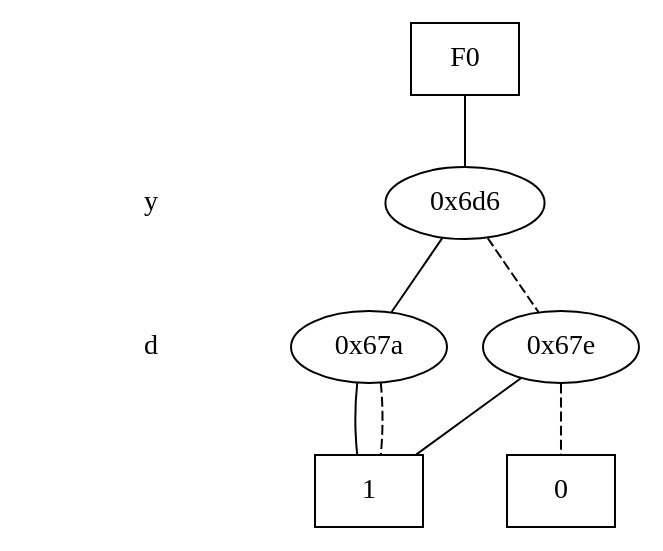
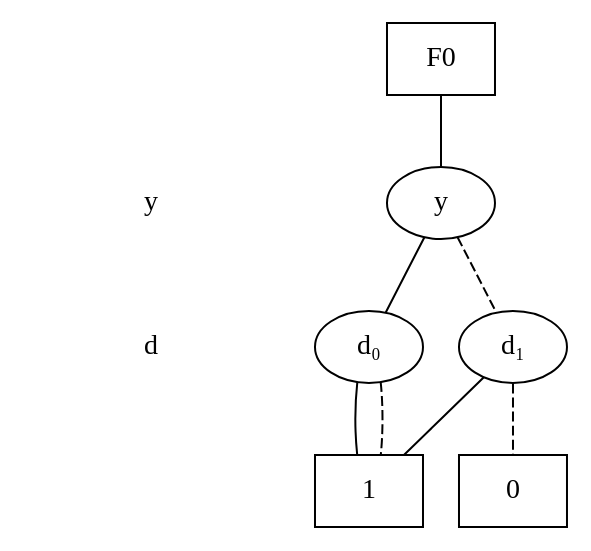
Before and after one commit to NathanNator/ECE6745_Final_Project: the diagram in zdd_plots/r1_zdd.dot, drawn with Graphviz. The commit also changed 12 other files, not shown here.

```diff
--- a/zdd_plots/r1_zdd.dot
+++ b/zdd_plots/r1_zdd.dot
@@ -1,33 +1,33 @@
 digraph "ZDD" {
 size = "7.5,10"
 center = true;
 edge [dir = none];
 { node [shape = plaintext];
   edge [style = invis];
   "CONST NODES" [style = invis];
 " y " -> " d " -> "CONST NODES"; 
 }
 { rank = same; node [shape = box]; edge [style = invis];
 "F0"; }
 { rank = same; " y ";
-"0x6d6";
+"y";
 }
 { rank = same; " d ";
-"0x67a";
-"0x67e";
+"d₀";
+"d₁";
 }
 { rank = same; "CONST NODES";
 { node [shape = box]; "0x626";
 "0x625";
 }
 }
-"F0" -> "0x6d6" [style = solid];
-"0x6d6" -> "0x67a";
-"0x6d6" -> "0x67e" [style = dashed];
-"0x67a" -> "0x625";
-"0x67a" -> "0x625" [style = dashed];
-"0x67e" -> "0x625";
-"0x67e" -> "0x626" [style = dashed];
+"F0" -> "y" [style = solid];
+"y" -> "d₀";
+"y" -> "d₁" [style = dashed];
+"d₀" -> "0x625";
+"d₀" -> "0x625" [style = dashed];
+"d₁" -> "0x625";
+"d₁" -> "0x626" [style = dashed];
 "0x626" [label = "0"];
 "0x625" [label = "1"];
 }
```
